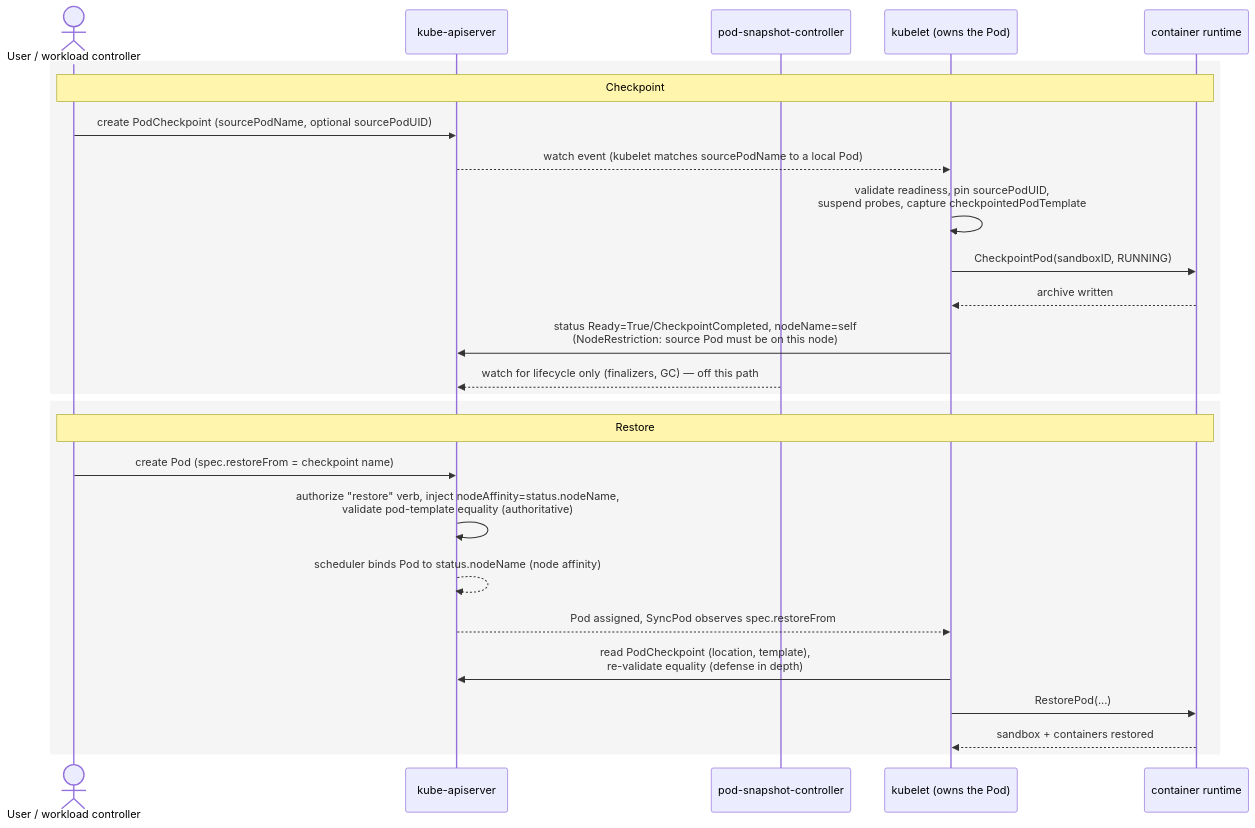
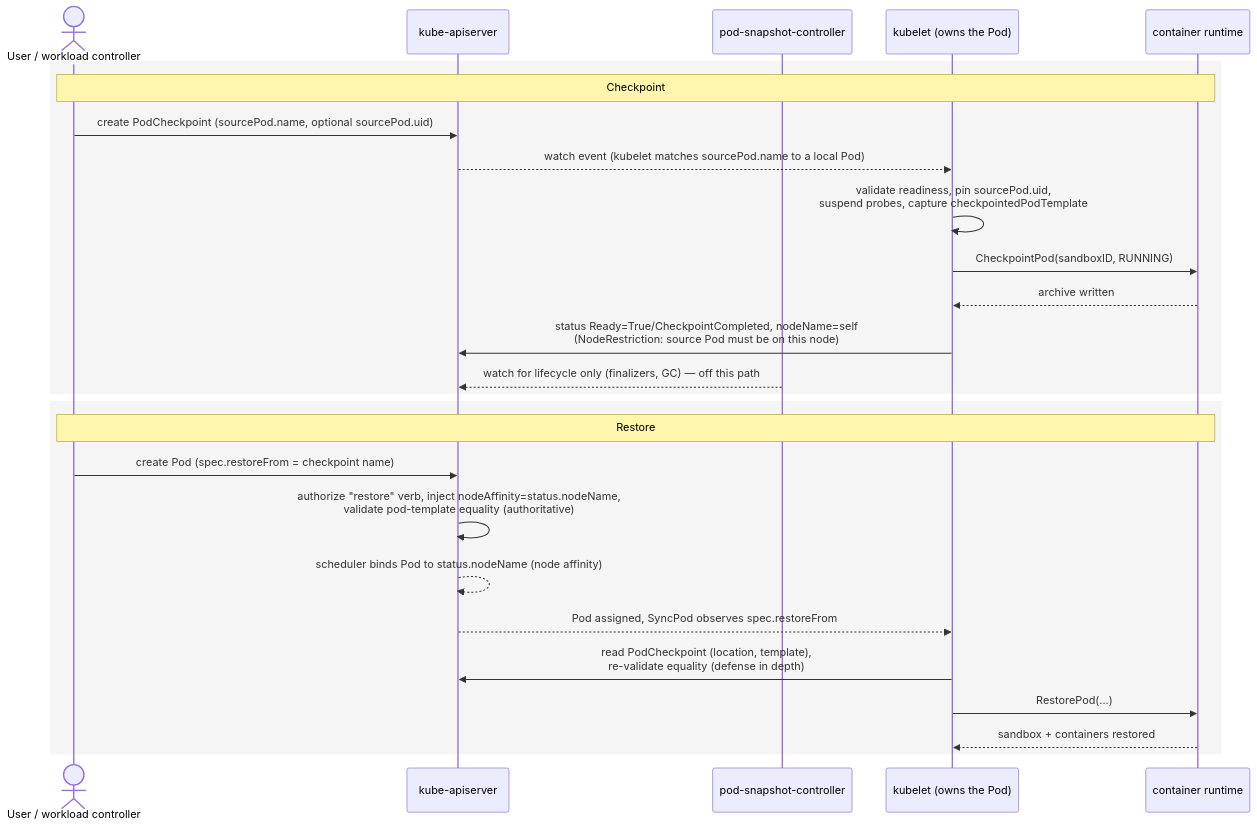
Before and after one commit to kubernetes/enhancements: the diagram in keps/sig-node/5823-pod-level-checkpoint-restore/README.md, drawn with Mermaid. The commit also changed other lines of this file, not shown here.

First line of the commit message:
KEP-5823: Use a sourcePod reference in PodCheckpointSpec

````diff
--- a/keps/sig-node/5823-pod-level-checkpoint-restore/README.md
+++ b/keps/sig-node/5823-pod-level-checkpoint-restore/README.md
@@ -894,30 +902,30 @@
 ```mermaid
 sequenceDiagram
     actor User as User / workload controller
     participant API as kube-apiserver
     participant KCM as pod-snapshot-controller
     participant Kubelet as kubelet (owns the Pod)
     participant CRI as container runtime
 
     rect rgb(245,245,245)
     Note over User,CRI: Checkpoint
-    User->>API: create PodCheckpoint (sourcePodName, optional sourcePodUID)
-    API-->>Kubelet: watch event (kubelet matches sourcePodName to a local Pod)
-    Kubelet->>Kubelet: validate readiness, pin sourcePodUID,<br/>suspend probes, capture checkpointedPodTemplate
+    User->>API: create PodCheckpoint (sourcePod.name, optional sourcePod.uid)
+    API-->>Kubelet: watch event (kubelet matches sourcePod.name to a local Pod)
+    Kubelet->>Kubelet: validate readiness, pin sourcePod.uid,<br/>suspend probes, capture checkpointedPodTemplate
     Kubelet->>CRI: CheckpointPod(sandboxID, RUNNING)
     CRI-->>Kubelet: archive written
     Kubelet->>API: status Ready=True/CheckpointCompleted, nodeName=self<br/>(NodeRestriction: source Pod must be on this node)
     KCM-->>API: watch for lifecycle only (finalizers, GC) — off this path
     end
 
     rect rgb(245,245,245)
     Note over User,CRI: Restore
     User->>API: create Pod (spec.restoreFrom = checkpoint name)
     API->>API: authorize "restore" verb, inject nodeAffinity=status.nodeName,<br/>validate pod-template equality (authoritative)
     API-->>API: scheduler binds Pod to status.nodeName (node affinity)
     API-->>Kubelet: Pod assigned, SyncPod observes spec.restoreFrom
     Kubelet->>API: read PodCheckpoint (location, template),<br/>re-validate equality (defense in depth)
     Kubelet->>CRI: RestorePod(...)
     CRI-->>Kubelet: sandbox + containers restored
     end
 ```
````
